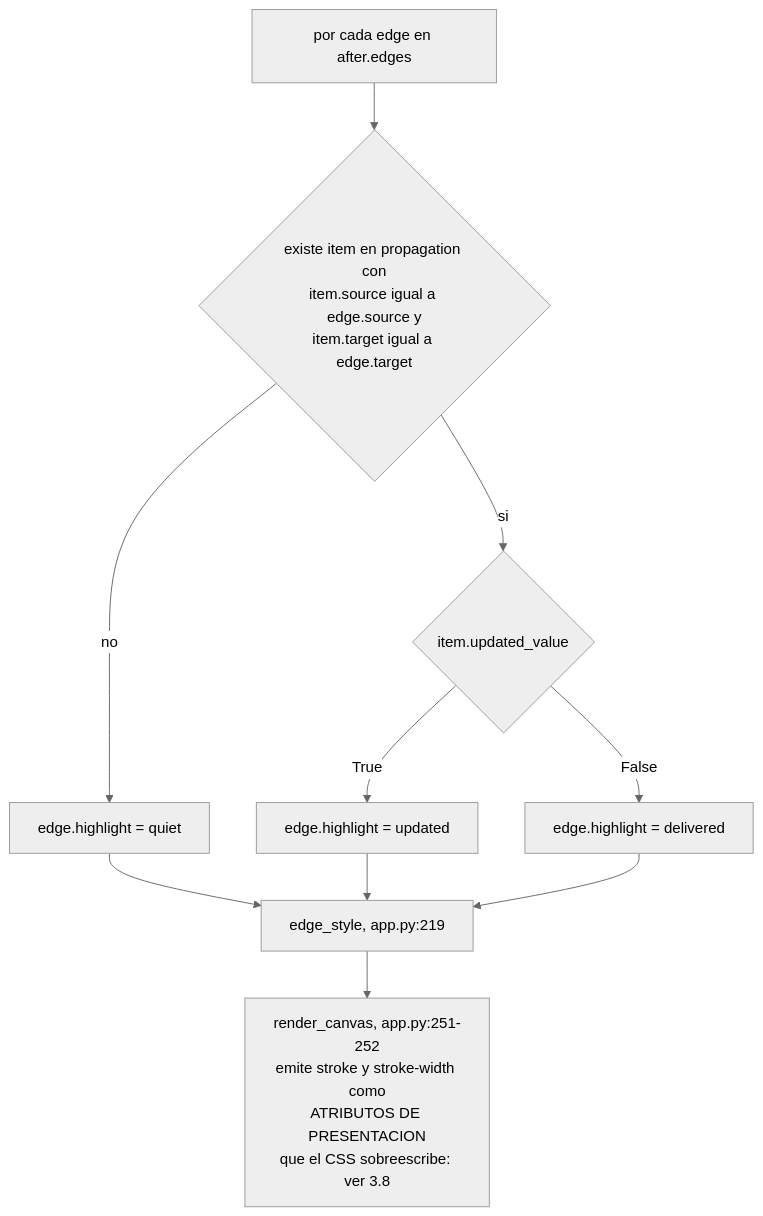
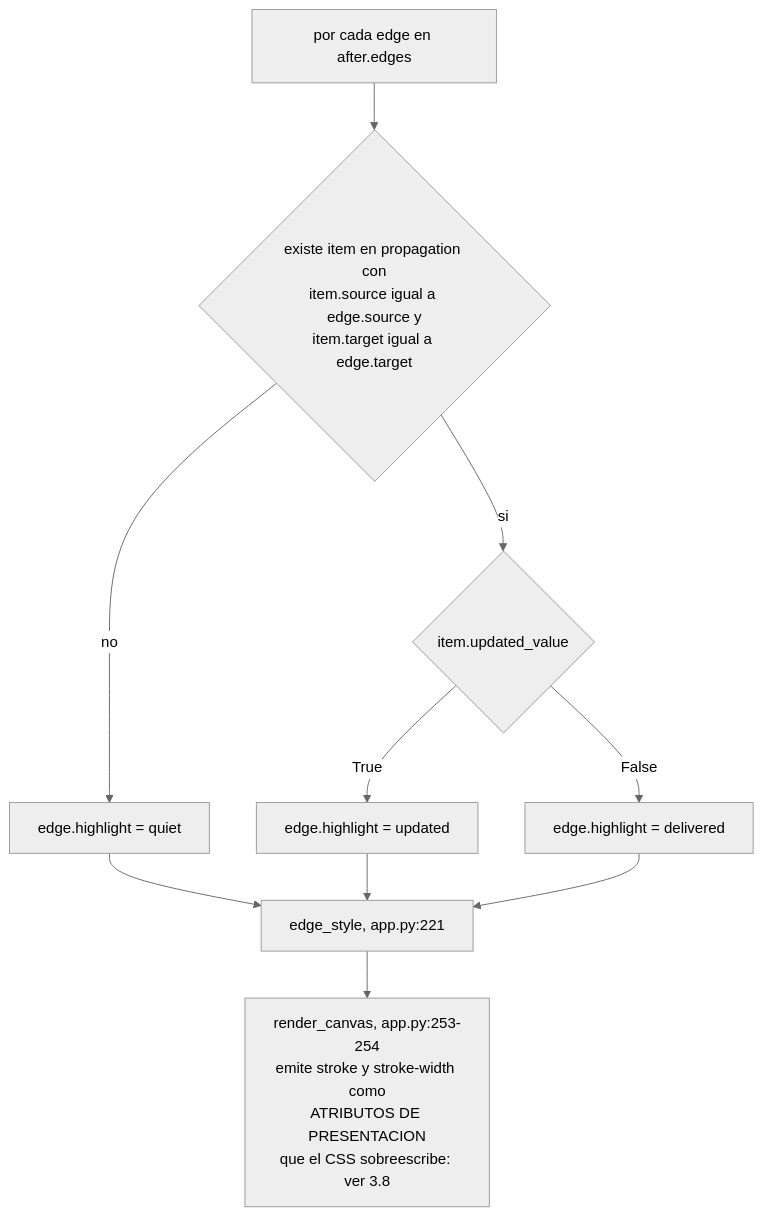
Before and after one commit to Rou-uu/consenso-simulador: the second of 4 diagrams in docs/04-simulacion-individual.md, drawn with Mermaid (neutral theme). The commit also changed other lines of this file and 14 other files, not shown here.

````diff
--- a/docs/04-simulacion-individual.md
+++ b/docs/04-simulacion-individual.md
@@ -412,12 +447,12 @@
 ```mermaid
 flowchart TD
     A["por cada edge en after.edges"] --> B{"existe item en propagation con<br/>item.source igual a edge.source y<br/>item.target igual a edge.target"}
     B -- no --> Q["edge.highlight = quiet"]
     B -- si --> C{"item.updated_value"}
     C -- True --> U["edge.highlight = updated"]
     C -- False --> D["edge.highlight = delivered"]
-    Q --> S["edge_style, app.py:219"]
+    Q --> S["edge_style, app.py:221"]
     U --> S
     D --> S
-    S --> R["render_canvas, app.py:251-252<br/>emite stroke y stroke-width como<br/>ATRIBUTOS DE PRESENTACION<br/>que el CSS sobreescribe: ver 3.8"]
+    S --> R["render_canvas, app.py:253-254<br/>emite stroke y stroke-width como<br/>ATRIBUTOS DE PRESENTACION<br/>que el CSS sobreescribe: ver 3.8"]
 ```
````
